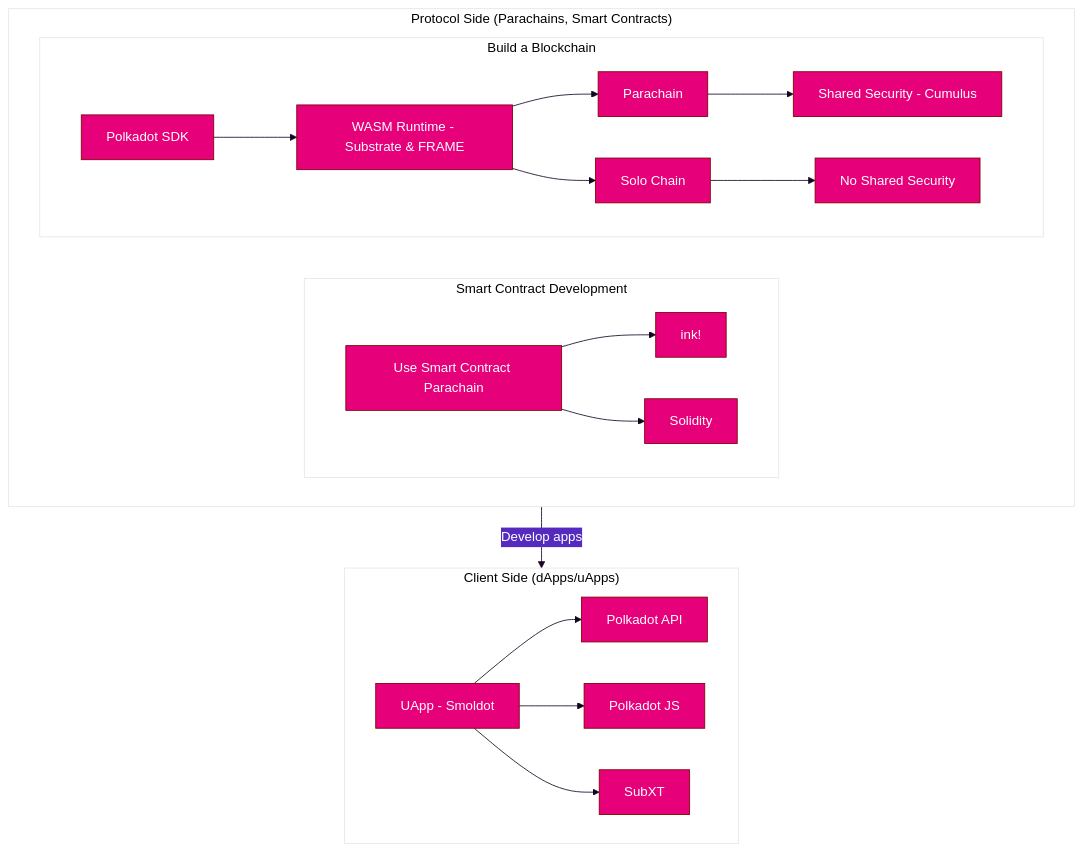
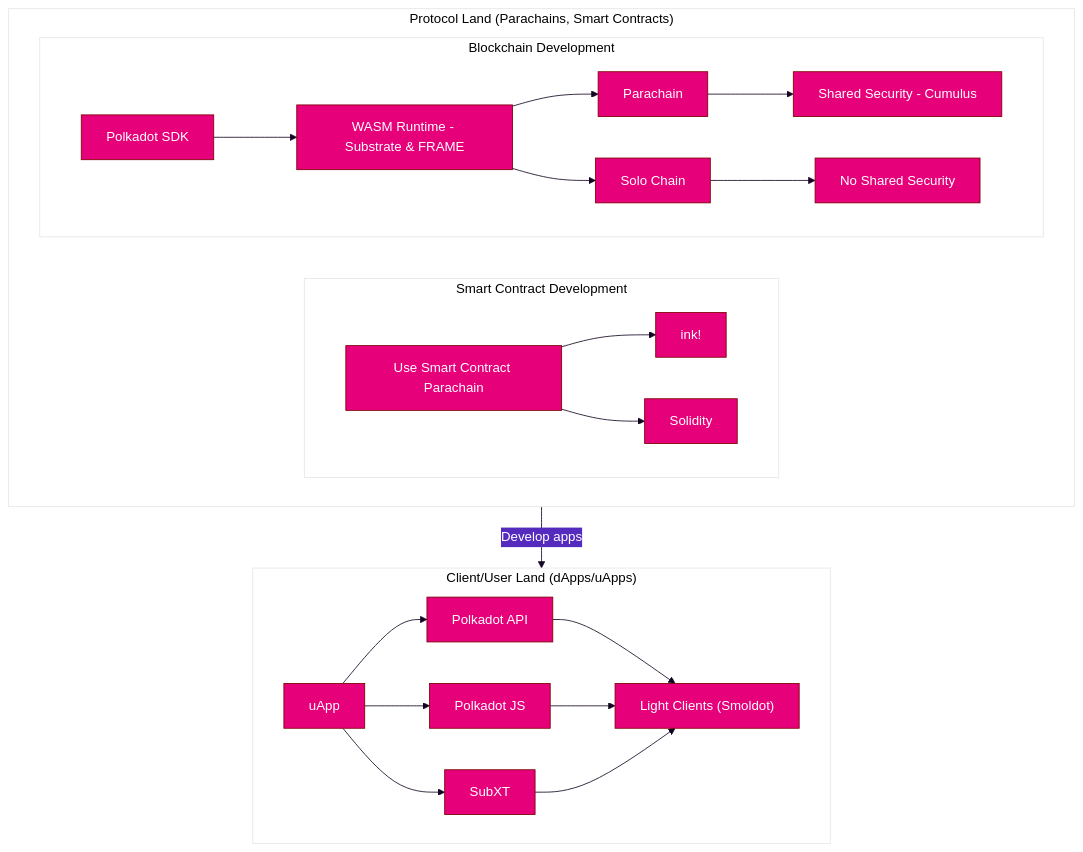
One commit to w3f/polkadot-wiki changed the diagram in docs/build/build-guide.md. Above: the diagram before and after it, drawn with Mermaid. The commit also changed 1 other file, not shown here.

Commit message:
minor changes + polish

````diff
--- a/docs/build/build-guide.md
+++ b/docs/build/build-guide.md
@@ -45,44 +45,47 @@
 ```mermaid
 %%{
   init: {
     'theme': 'base',
     'themeVariables': {
       'fontFamily': 'Unbounded',
       'primaryColor': '#E6007A',
       'fontSize': '16px',
       'primaryTextColor': '#fff',
       'primaryBorderColor': '#7C0000',
       'lineColor': '#140523',
       'secondaryColor': '#552BBF',
       'tertiaryColor': '#fff'
     }
   }
 }%%
 flowchart TB
-    subgraph PL ["Protocol Side (Parachains, Smart Contracts)"]
+    subgraph PL ["Protocol Land (Parachains, Smart Contracts)"]
 
         subgraph SCD ["Smart Contract Development"]
           direction LR
           SC["Use Smart Contract Parachain"]
           SC --> ink!
           SC --> Solidity
         end
 
-        subgraph PSL ["Build a Blockchain"]
+        subgraph PSL ["Blockchain Development"]
            direction LR
            PS["Polkadot SDK"] --> R[WASM Runtime - Substrate & FRAME]
            R -->Parachain["Parachain"]-->SSC["Shared Security - Cumulus"]
            R -->SoloChain[Solo Chain]-->NSS["No Shared Security"]
         end
     end
 
     PL-->| Develop apps| CS
 
-    subgraph CS ["Client Side (dApps/uApps)"]
-        UA[UApp - Smoldot]
+    subgraph CS ["Client/User Land (dApps/uApps)"]
+        LC["Light Clients (Smoldot)"]
+        UA[uApp]
         UA --> PAPI[Polkadot API]
         UA --> PJS[Polkadot JS]
         UA --> SubXT
-        SubXT
+        PAPI --> LC
+        PJS --> LC
+        SubXT --> LC
     end
 ```
````
